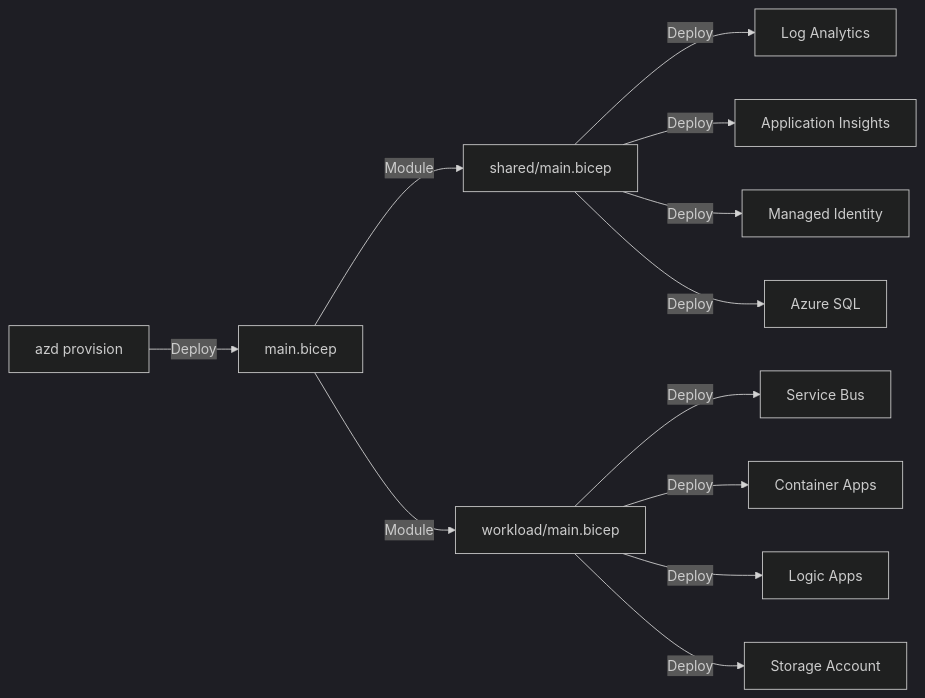
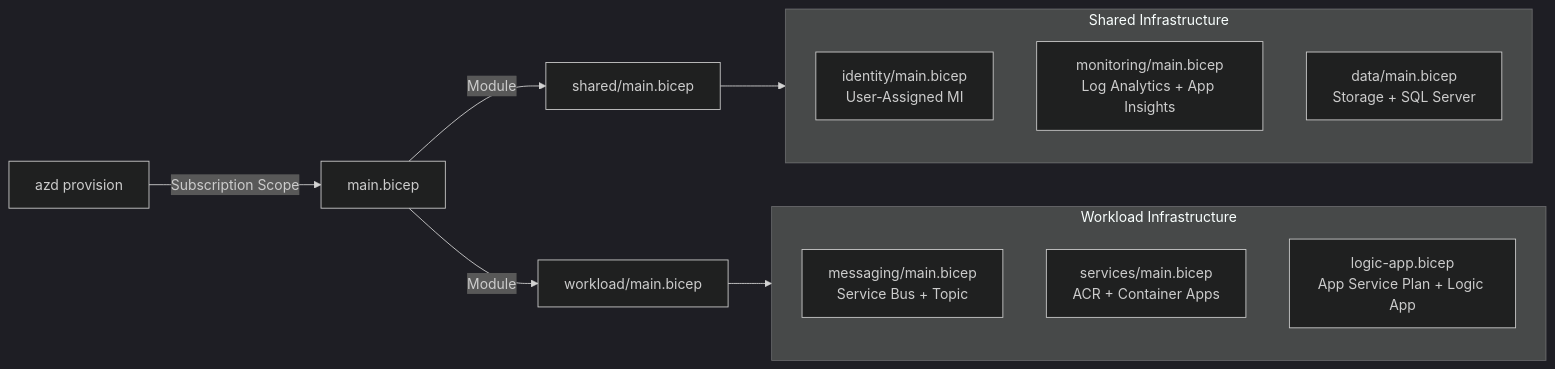
Before and after one commit to Evilazaro/Azure-LogicApps-Monitoring: diagram 12 of 15 in README.MD, drawn with Mermaid (dark theme). The commit also changed other lines of this file, not shown here.

First line of the commit message:
Enhance README.MD with detailed architecture and component descriptions

````diff
--- a/README.MD
+++ b/README.MD
@@ -278,17 +366,22 @@
 ```mermaid
 flowchart LR
-    AZD["azd provision"] -->|"Deploy"| MainBicep["main.bicep"]
+    AZD["azd provision"] -->|"Subscription Scope"| MainBicep["main.bicep"]
     
     MainBicep -->|"Module"| Shared["shared/main.bicep"]
     MainBicep -->|"Module"| Workload["workload/main.bicep"]
     
-    Shared -->|"Deploy"| LogAnalytics["Log Analytics"]
-    Shared -->|"Deploy"| AppInsights["Application Insights"]
-    Shared -->|"Deploy"| ManagedIdentity["Managed Identity"]
-    Shared -->|"Deploy"| SQLServer["Azure SQL"]
+    subgraph SharedModule["Shared Infrastructure"]
+        Identity["identity/main.bicep<br/>User-Assigned MI"]
+        Monitoring["monitoring/main.bicep<br/>Log Analytics + App Insights"]
+        DataModule["data/main.bicep<br/>Storage + SQL Server"]
+    end
     
-    Workload -->|"Deploy"| ServiceBus["Service Bus"]
-    Workload -->|"Deploy"| ContainerApps["Container Apps"]
-    Workload -->|"Deploy"| LogicApps["Logic Apps"]
-    Workload -->|"Deploy"| Storage["Storage Account"]
+    subgraph WorkloadModule["Workload Infrastructure"]
+        MessagingMod["messaging/main.bicep<br/>Service Bus + Topic"]
+        Services["services/main.bicep<br/>ACR + Container Apps"]
+        LogicAppMod["logic-app.bicep<br/>App Service Plan + Logic App"]
+    end
+    
+    Shared --> SharedModule
+    Workload --> WorkloadModule
 ```
````
